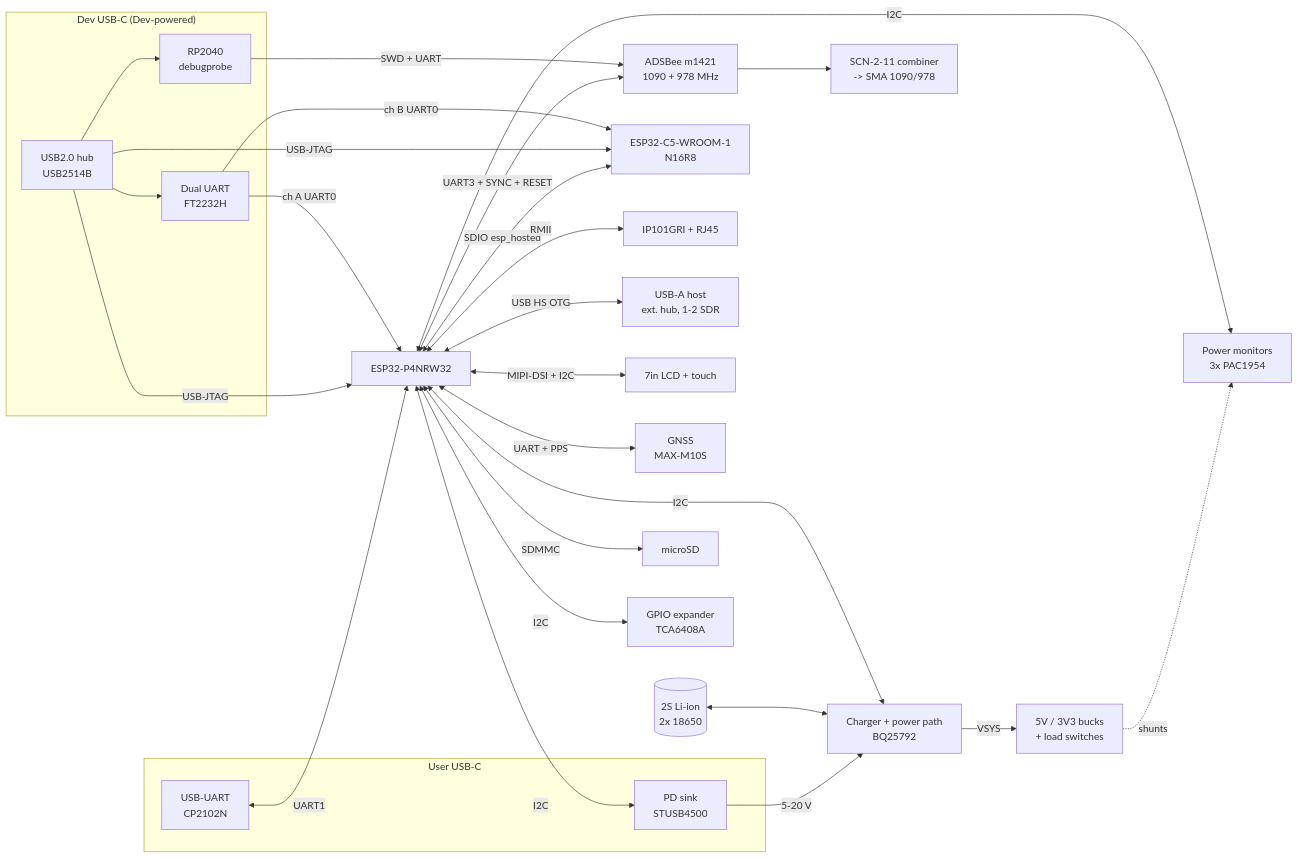
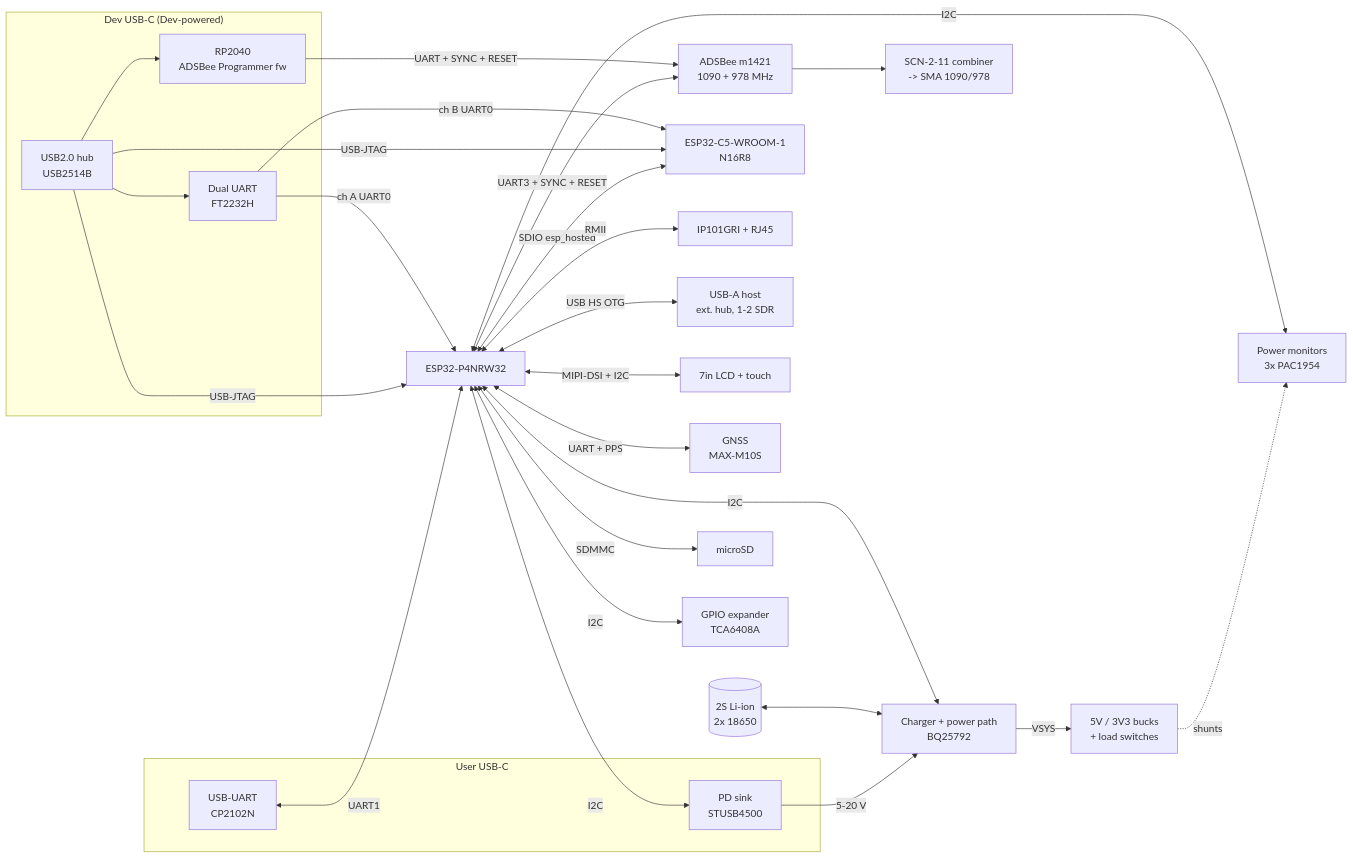
One commit to mummyJane/board_bsp changed the diagram in boards/adsb-test/docs/architecture.md. Above: the diagram before and after it, drawn with Mermaid. The commit also changed other lines of this file and 17 other files, not shown here.

First line of the commit message:
Release v0.5.0: m1421 SYNC/bootloader/Dev-port design from the adsbee repo

````diff
--- a/boards/adsb-test/docs/architecture.md
+++ b/boards/adsb-test/docs/architecture.md
@@ -14,39 +14,39 @@
 ```mermaid
 flowchart LR
   subgraph USER["User USB-C"]
     PD[PD sink<br/>STUSB4500]
     UUART[USB-UART<br/>CP2102N]
   end
   subgraph DEV["Dev USB-C (Dev-powered)"]
     HUB[USB2.0 hub<br/>USB2514B]
     FT[Dual UART<br/>FT2232H]
-    DP[RP2040<br/>debugprobe]
+    DP[RP2040<br/>ADSBee Programmer fw]
   end
   PD -->|5-20 V| CHG[Charger + power path<br/>BQ25792]
   BAT[(2S Li-ion<br/>2x 18650)] <--> CHG
   CHG -->|VSYS| RAILS[5V / 3V3 bucks<br/>+ load switches]
   RAILS -.->|shunts| PM[Power monitors<br/>3x PAC1954]
 
   P4[ESP32-P4NRW32]
   C5[ESP32-C5-WROOM-1<br/>N16R8]
   P4 <-->|SDIO esp_hosted| C5
   P4 <-->|RMII| PHY[IP101GRI + RJ45]
   P4 <-->|USB HS OTG| USBA[USB-A host<br/>ext. hub, 1-2 SDR]
   P4 <-->|MIPI-DSI + I2C| LCD[7in LCD + touch]
   P4 <-->|UART + PPS| GPS[GNSS<br/>MAX-M10S]
   P4 <-->|UART3 + SYNC + RESET| M14[ADSBee m1421<br/>1090 + 978 MHz]
   P4 <-->|SDMMC| SD[microSD]
   P4 <-->|I2C| PM
   P4 <-->|I2C| CHG
   P4 <-->|I2C| PD
   P4 <-->|I2C| EXP[GPIO expander<br/>TCA6408A]
   UUART <-->|UART1| P4
   HUB -->|USB-JTAG| P4
   HUB -->|USB-JTAG| C5
   HUB --> FT
   HUB --> DP
   FT -->|ch A UART0| P4
   FT -->|ch B UART0| C5
-  DP -->|SWD + UART| M14
+  DP -->|UART + SYNC + RESET| M14
   M14 --> RF[SCN-2-11 combiner<br/>-> SMA 1090/978]
 ```
````
